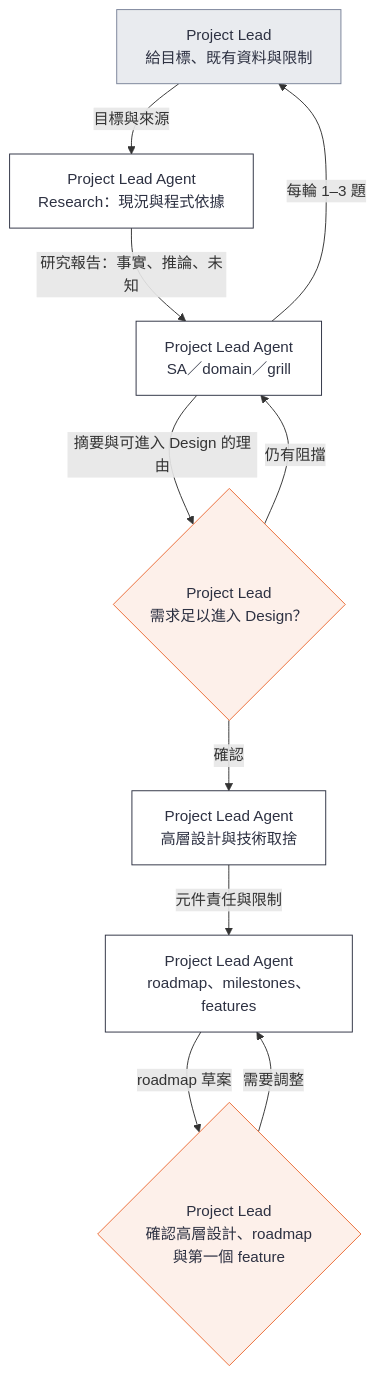
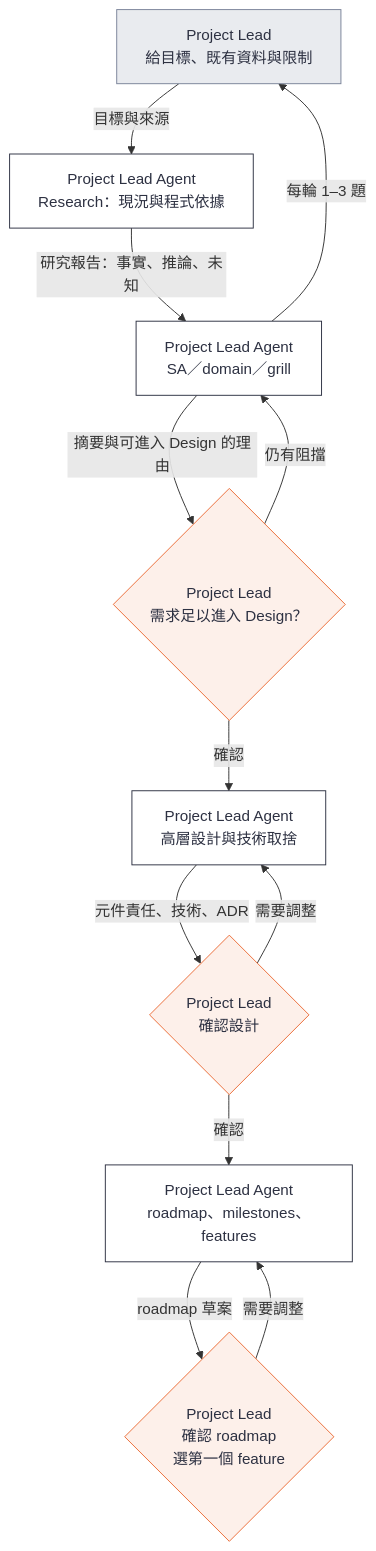
The second of 5 diagrams in docs/guide/reference.md (ellis429/loop-engineering), drawn with Mermaid before and after one commit. The commit also changed other lines of this file and 3 other files, not shown here.

````diff
--- a/docs/guide/reference.md
+++ b/docs/guide/reference.md
@@ -105,22 +105,25 @@
 ```mermaid
 flowchart TD
     A["Project Lead<br/>給目標、既有資料與限制"]:::human
     R["Project Lead Agent<br/>Research：現況與程式依據"]:::agent
     S["Project Lead Agent<br/>SA／domain／grill"]:::agent
     C{"Project Lead<br/>需求足以進入 Design？"}:::gate
     D["Project Lead Agent<br/>高層設計與技術取捨"]:::agent
+    DG{"Project Lead<br/>確認設計"}:::gate
     M["Project Lead Agent<br/>roadmap、milestones、features"]:::agent
-    F{"Project Lead<br/>確認高層設計、roadmap<br/>與第一個 feature"}:::gate
+    F{"Project Lead<br/>確認 roadmap<br/>選第一個 feature"}:::gate
     A -->|目標與來源| R
     R -->|研究報告：事實、推論、未知| S
     S -->|每輪 1–3 題| A
     S -->|摘要與可進入 Design 的理由| C
     C -->|仍有阻擋| S
     C -->|確認| D
-    D -->|元件責任與限制| M
+    D -->|元件責任、技術、ADR| DG
+    DG -->|需要調整| D
+    DG -->|確認| M
     M -->|roadmap 草案| F
     F -->|需要調整| M
     classDef human fill:#e9ebef,stroke:#7a8399,color:#2d3142
     classDef agent fill:#ffffff,stroke:#2d3142,color:#2d3142
     classDef gate fill:#fdf0ea,stroke:#eb6c36,color:#2d3142
 ```
````
